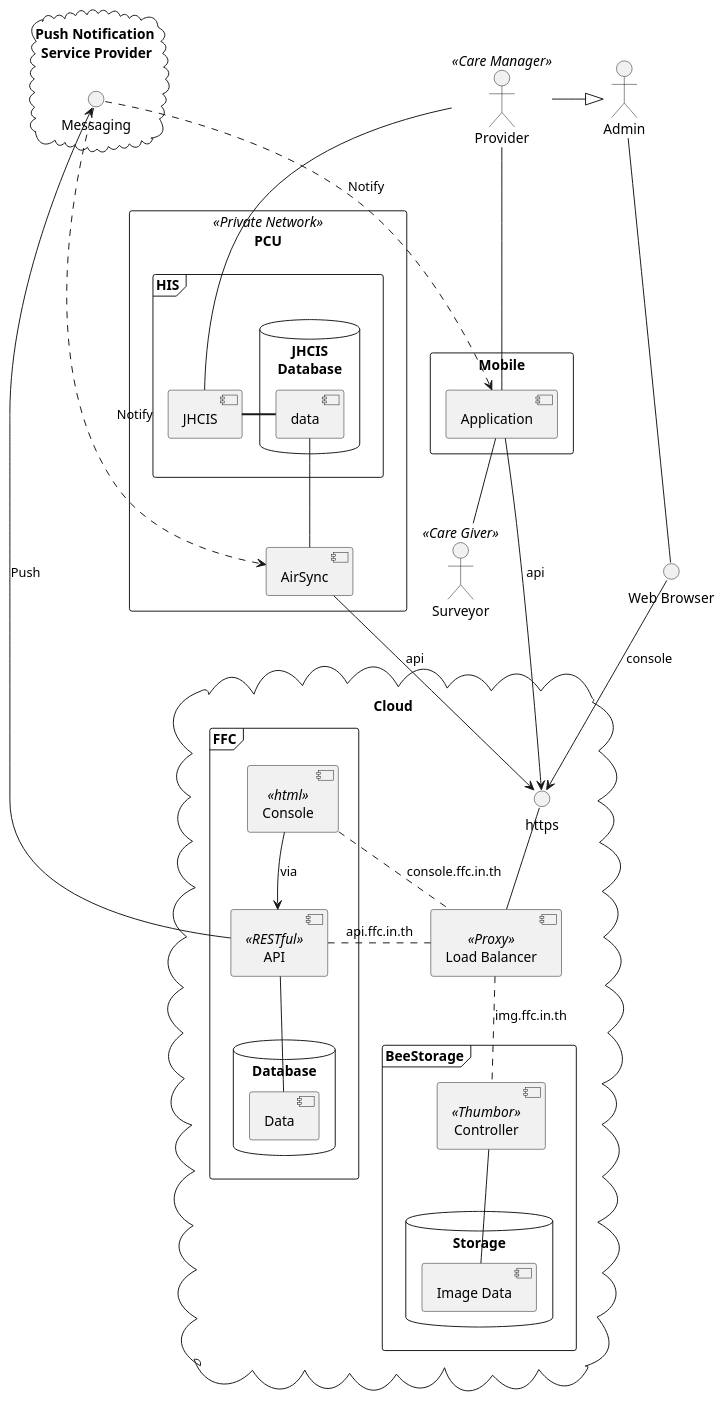
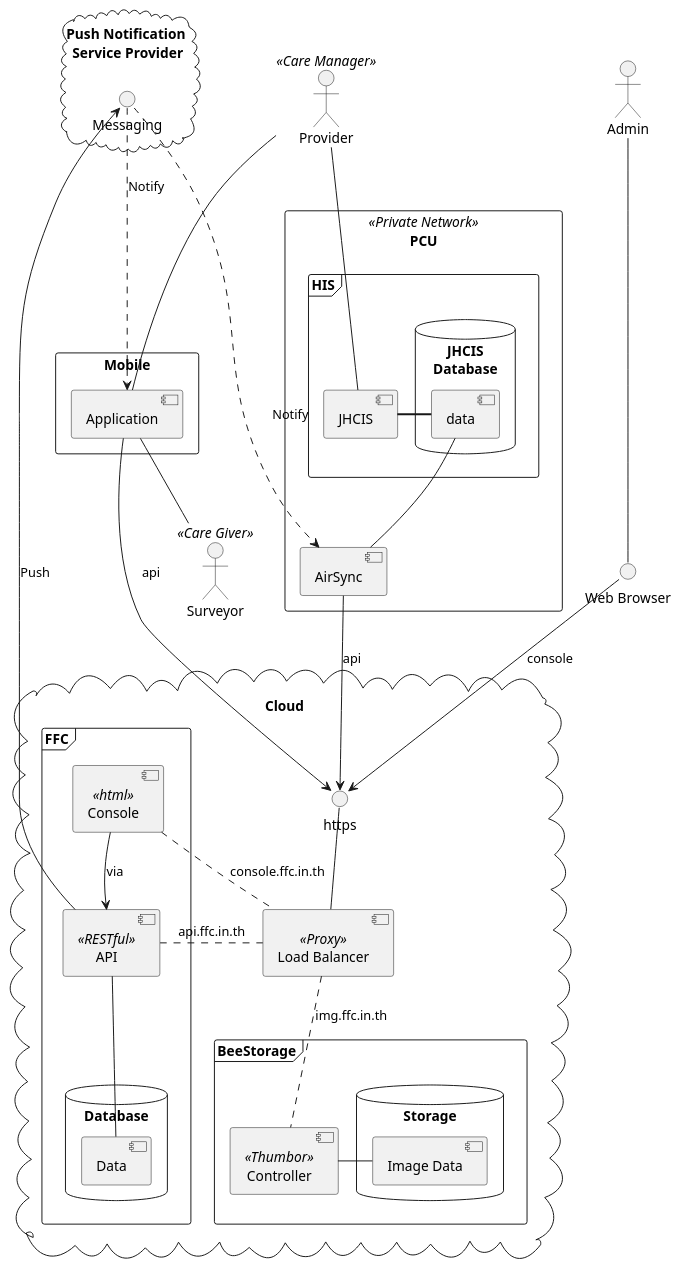
One commit to ffc-nectec/entities changed the diagram in uml/system.plantuml. Above: the diagram before and after it, drawn with PlantUML. The commit also changed 8 other files, not shown here.

```diff
--- a/uml/system.plantuml
+++ b/uml/system.plantuml
@@ -1,74 +1,73 @@
 @startuml
 
 skinparam monochrome true
 
 rectangle "PCU" <<Private Network>> {
     [AirSync] as AirSync
     frame "HIS" {
         [JHCIS] as J
         database "JHCIS\nDatabase" {
             [data] as JDB
         }
     }
     AirSync -up- JDB
     JDB = J
 }
 
 cloud Cloud {
   frame FFC {
       [API] <<RESTful>> as API
       database "Database" {
         [Data]
       }
       [Console] <<html>>
       Console --> API : via
       API -down- Data
   }
   frame "BeeStorage" {
       [Controller] <<Thumbor>> as Img
        database "Storage" {
           [Image Data] as ImgData
        }
-        Img -down- ImgData
+        Img - ImgData
   }
   () https
   [Load Balancer] <<Proxy>> as Proxy
   Proxy -up- https
   Proxy -left. API : api.ffc.in.th
   Proxy -. Img : img.ffc.in.th
 
   [Console] .. Proxy : console.ffc.in.th
 
 }
 
 cloud "Push Notification \nService Provider" {
    () Messaging
 }
 
 rectangle Mobile {
     [Application] as app
 }
 
 API --> Messaging : Push
 Messaging ..> app : Notify
 Messaging ...> AirSync : Notify
 
 AirSync ---> https : api
 app ---> https : api
 
 actor "HealthCare\n Provider" as Provider
 Provider <<Care Manager>>
 Provider -- J
 Provider - app
 
 actor Surveyor
 Surveyor <<Care Giver>>
 app -- Surveyor
 
 actor Admin
-Provider -|> Admin
 () "Web Browser" as web
 web -up-- Admin
 web --> https : console
 
 @enduml
```
